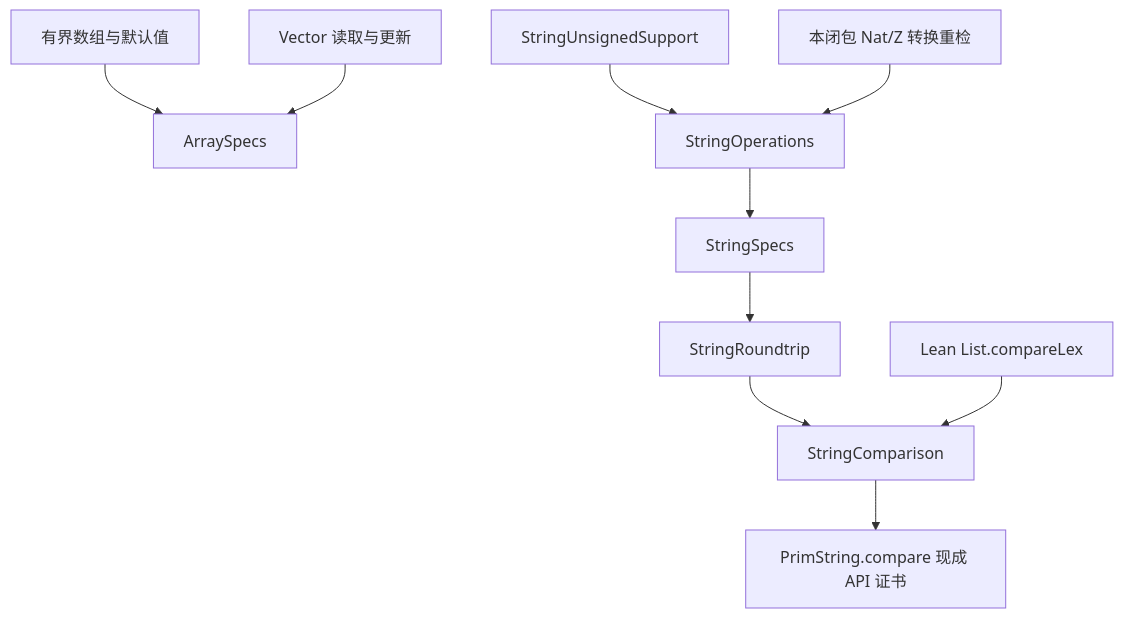
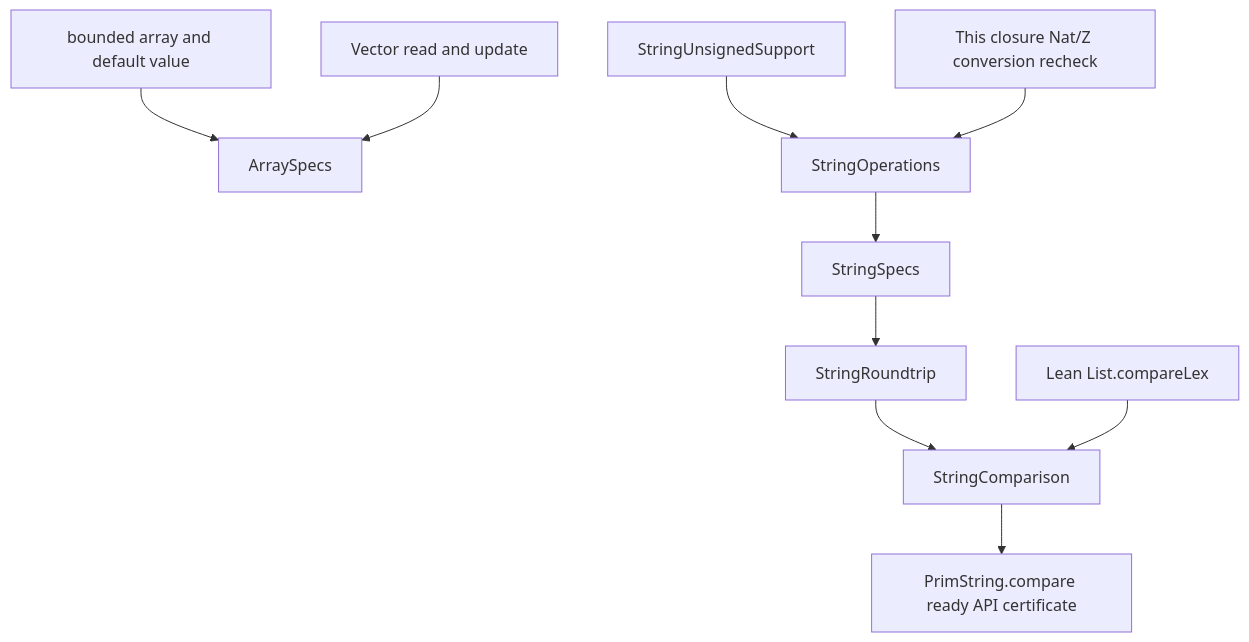
One commit to jackooo-dddd/rocq-core changed diagram 21 of 26 in experiments/incremental-correspondence-20261019/DAG.md. Above: the diagram before and after it, drawn with Mermaid. The commit also changed other lines of this file and 701 other files, not shown here.

````diff
--- a/experiments/incremental-correspondence-20261019/DAG.md
+++ b/experiments/incremental-correspondence-20261019/DAG.md
@@ -591,12 +591,12 @@
 ```mermaid
 flowchart TD
-  ArrayIso[有界数组与默认值] --> ArraySpecs
-  VectorGetSet[Vector 读取与更新] --> ArraySpecs
+  ArrayIso[bounded array and default value] --> ArraySpecs
+  VectorGetSet[Vector read and update] --> ArraySpecs
   StringUnsignedSupport --> StringOperations
-  NatZConversions[本闭包 Nat/Z 转换重检] --> StringOperations
+  NatZConversions[This closure Nat/Z conversion recheck] --> StringOperations
   StringOperations --> StringSpecs
   StringSpecs --> StringRoundtrip
   StringRoundtrip --> StringComparison
   ListCompareLex[Lean List.compareLex] --> StringComparison
-  StringComparison --> PrimitiveCompare[PrimString.compare 现成 API 证书]
+  StringComparison --> PrimitiveCompare[PrimString.compare ready API certificate]
 ```
````
